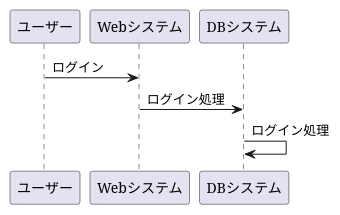
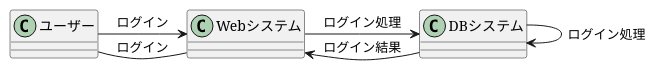
Before and after one commit to Aso2001221/20121sys-design: the diagram in flow1.md, drawn with PlantUML.

````diff
--- a/flow1.md
+++ b/flow1.md
@@ -1,7 +1,9 @@
 ```uml
 @startuml
 ユーザー -> Webシステム :ログイン 
 Webシステム -> DBシステム :ログイン処理
 DBシステム -> DBシステム :ログイン処理
+Webシステム <- DBシステム :ログイン結果
+ユーザー - Webシステム :ログイン
 @enduml
 ```
````
